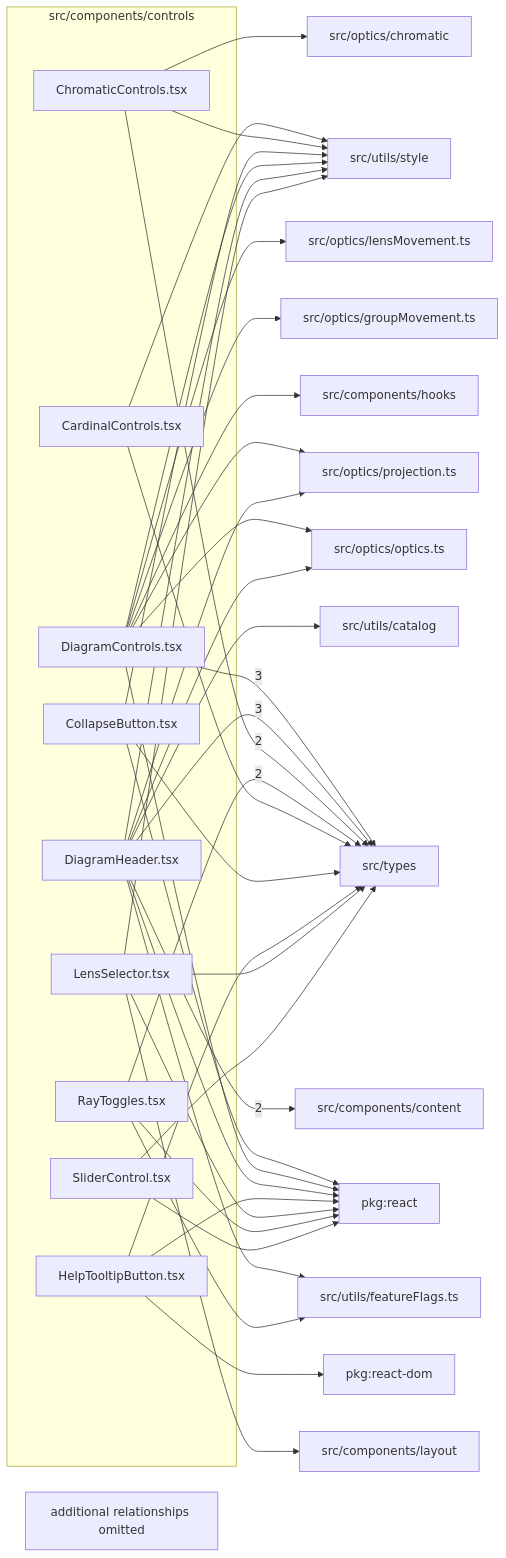
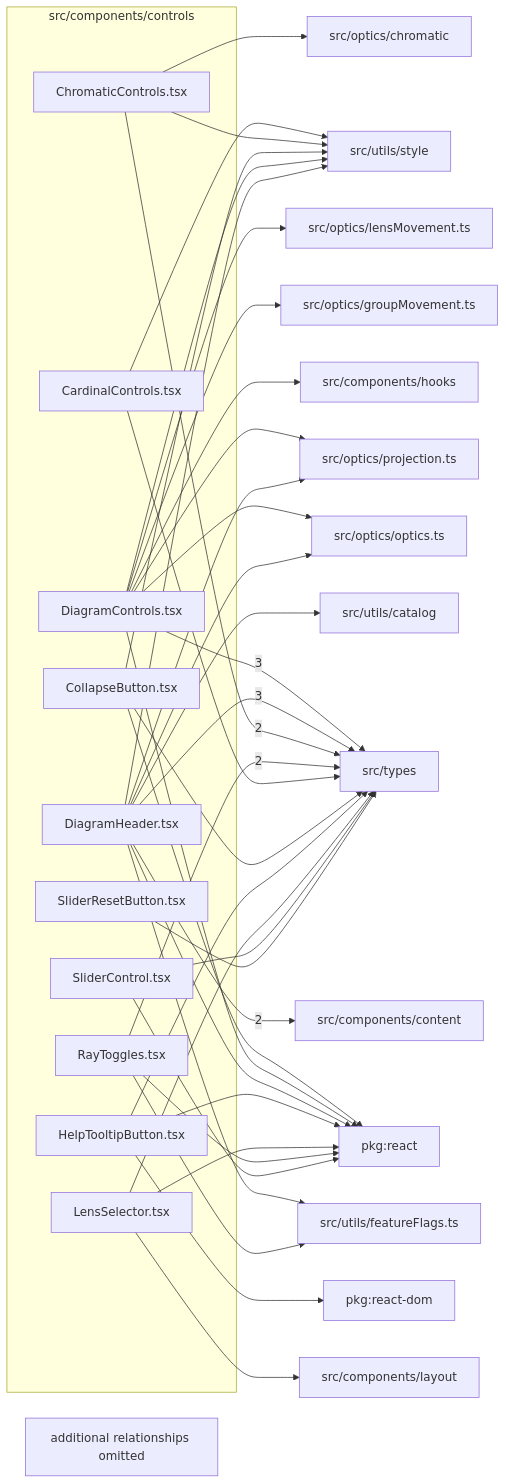
The diagram in src/components/controls/readme.md (ronbuening/LensVisualizer), drawn with Mermaid before and after one commit. The commit also changed other lines of this file and 155 other files, not shown here.

````diff
--- a/src/components/controls/readme.md
+++ b/src/components/controls/readme.md
@@ -9,65 +9,66 @@
 ```mermaid
 flowchart LR
   subgraph n_src_components_controls["src/components/controls"]
     n_src_components_controls_src_components_controls_CardinalControls_tsx["CardinalControls.tsx"]
     n_src_components_controls_src_components_controls_ChromaticControls_tsx["ChromaticControls.tsx"]
     n_src_components_controls_src_components_controls_CollapseButton_tsx["CollapseButton.tsx"]
     n_src_components_controls_src_components_controls_DiagramControls_tsx["DiagramControls.tsx"]
     n_src_components_controls_src_components_controls_DiagramHeader_tsx["DiagramHeader.tsx"]
     n_src_components_controls_src_components_controls_HelpTooltipButton_tsx["HelpTooltipButton.tsx"]
     n_src_components_controls_src_components_controls_LensSelector_tsx["LensSelector.tsx"]
     n_src_components_controls_src_components_controls_RayToggles_tsx["RayToggles.tsx"]
     n_src_components_controls_src_components_controls_SliderControl_tsx["SliderControl.tsx"]
+    n_src_components_controls_src_components_controls_SliderResetButton_tsx["SliderResetButton.tsx"]
   end
   n_external_src_types["src/types"]
   n_external_src_components_content["src/components/content"]
   n_external_pkg_react["pkg:react"]
   n_external_pkg_react_dom["pkg:react-dom"]
   n_external_src_components_hooks["src/components/hooks"]
   n_external_src_components_layout["src/components/layout"]
   n_external_src_optics_chromatic["src/optics/chromatic"]
   n_external_src_optics_groupMovement_ts["src/optics/groupMovement.ts"]
   n_external_src_optics_lensMovement_ts["src/optics/lensMovement.ts"]
   n_external_src_optics_optics_ts["src/optics/optics.ts"]
   n_external_src_optics_projection_ts["src/optics/projection.ts"]
   n_external_src_utils_catalog["src/utils/catalog"]
   n_external_src_utils_featureFlags_ts["src/utils/featureFlags.ts"]
   n_external_src_utils_style["src/utils/style"]
   n_src_components_controls_src_components_controls_DiagramControls_tsx --> |3| n_external_src_types
   n_src_components_controls_src_components_controls_DiagramHeader_tsx --> |3| n_external_src_types
   n_src_components_controls_src_components_controls_DiagramHeader_tsx --> |2| n_external_src_components_content
   n_src_components_controls_src_components_controls_ChromaticControls_tsx --> |2| n_external_src_types
   n_src_components_controls_src_components_controls_RayToggles_tsx --> |2| n_external_src_types
   n_src_components_controls_src_components_controls_CollapseButton_tsx --> n_external_pkg_react
   n_src_components_controls_src_components_controls_DiagramControls_tsx --> n_external_pkg_react
   n_src_components_controls_src_components_controls_DiagramHeader_tsx --> n_external_pkg_react
   n_src_components_controls_src_components_controls_HelpTooltipButton_tsx --> n_external_pkg_react
   n_src_components_controls_src_components_controls_LensSelector_tsx --> n_external_pkg_react
   n_src_components_controls_src_components_controls_RayToggles_tsx --> n_external_pkg_react
   n_src_components_controls_src_components_controls_SliderControl_tsx --> n_external_pkg_react
   n_src_components_controls_src_components_controls_HelpTooltipButton_tsx --> n_external_pkg_react_dom
   n_src_components_controls_src_components_controls_DiagramControls_tsx --> n_external_src_components_hooks
   n_src_components_controls_src_components_controls_LensSelector_tsx --> n_external_src_components_layout
   n_src_components_controls_src_components_controls_ChromaticControls_tsx --> n_external_src_optics_chromatic
   n_src_components_controls_src_components_controls_DiagramControls_tsx --> n_external_src_optics_groupMovement_ts
   n_src_components_controls_src_components_controls_DiagramControls_tsx --> n_external_src_optics_lensMovement_ts
   n_src_components_controls_src_components_controls_DiagramControls_tsx --> n_external_src_optics_optics_ts
   n_src_components_controls_src_components_controls_DiagramHeader_tsx --> n_external_src_optics_optics_ts
   n_src_components_controls_src_components_controls_DiagramControls_tsx --> n_external_src_optics_projection_ts
   n_src_components_controls_src_components_controls_DiagramHeader_tsx --> n_external_src_optics_projection_ts
   n_src_components_controls_src_components_controls_CardinalControls_tsx --> n_external_src_types
   n_src_components_controls_src_components_controls_CollapseButton_tsx --> n_external_src_types
   n_src_components_controls_src_components_controls_HelpTooltipButton_tsx --> n_external_src_types
   n_src_components_controls_src_components_controls_LensSelector_tsx --> n_external_src_types
   n_src_components_controls_src_components_controls_SliderControl_tsx --> n_external_src_types
+  n_src_components_controls_src_components_controls_SliderResetButton_tsx --> n_external_src_types
   n_src_components_controls_src_components_controls_DiagramHeader_tsx --> n_external_src_utils_catalog
   n_src_components_controls_src_components_controls_DiagramHeader_tsx --> n_external_src_utils_featureFlags_ts
   n_src_components_controls_src_components_controls_RayToggles_tsx --> n_external_src_utils_featureFlags_ts
   n_src_components_controls_src_components_controls_CardinalControls_tsx --> n_external_src_utils_style
   n_src_components_controls_src_components_controls_ChromaticControls_tsx --> n_external_src_utils_style
   n_src_components_controls_src_components_controls_CollapseButton_tsx --> n_external_src_utils_style
   n_src_components_controls_src_components_controls_DiagramControls_tsx --> n_external_src_utils_style
   n_src_components_controls_src_components_controls_DiagramHeader_tsx --> n_external_src_utils_style
-  n_src_components_controls_src_components_controls_LensSelector_tsx --> n_external_src_utils_style
   n_src_components_controls_truncated["additional relationships omitted"]
 ```
````
